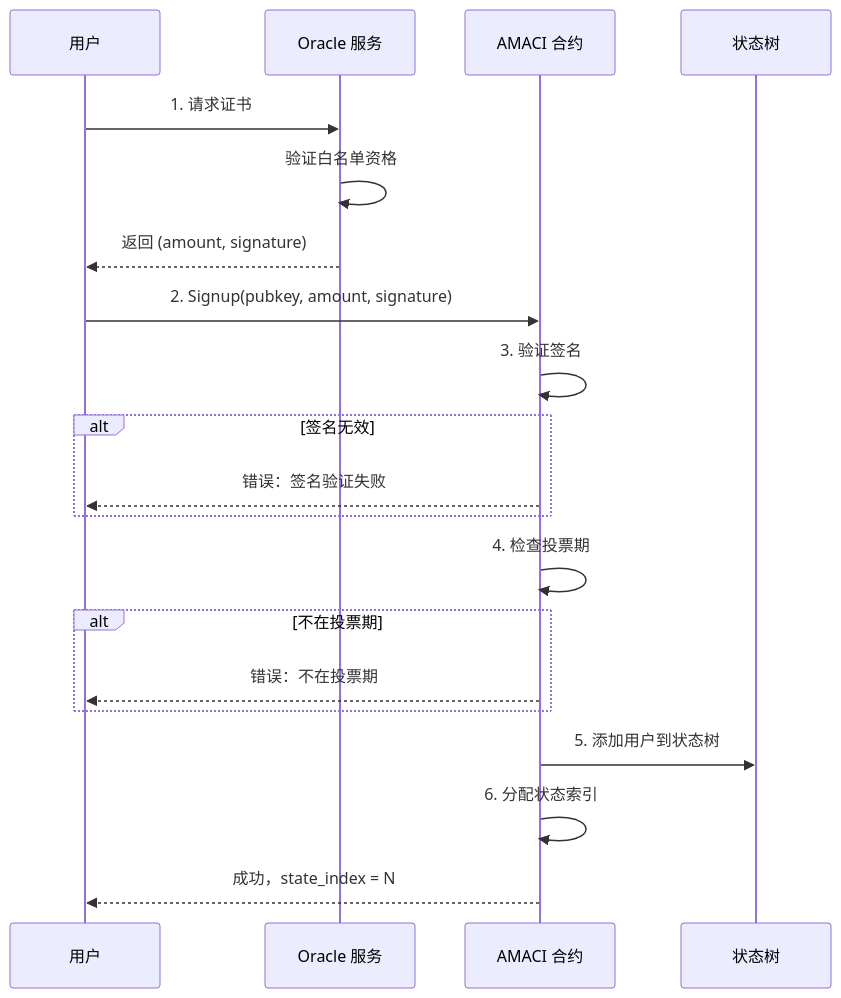
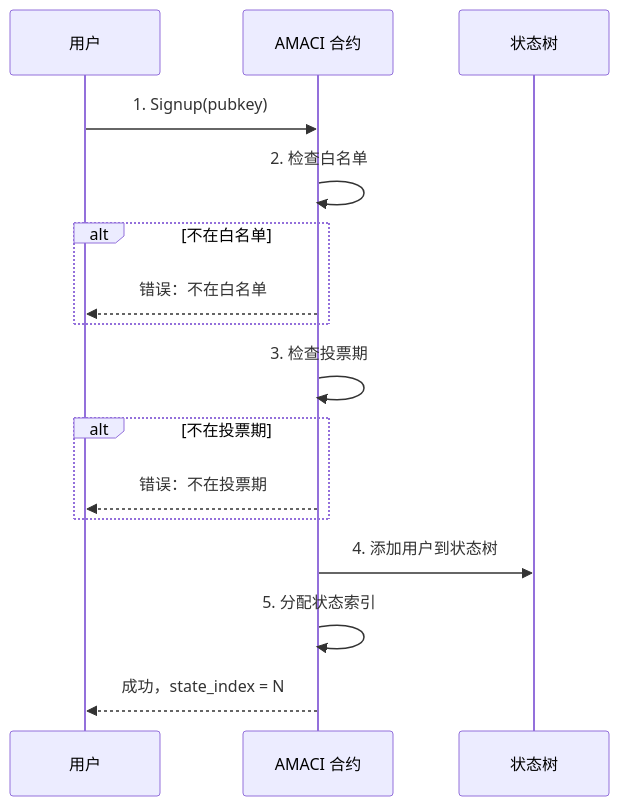
Before and after one commit to DoraFactory/maci: the second of 7 diagrams in docs/content/zh/docs/contracts/amaci.mdx, drawn with Mermaid. The commit also changed other lines of this file and 29 other files, not shown here.

````diff
--- a/docs/content/zh/docs/contracts/amaci.mdx
+++ b/docs/content/zh/docs/contracts/amaci.mdx
@@ -46,22 +44,18 @@
 ```mermaid
 sequenceDiagram
     participant User as 用户
-    participant Oracle as Oracle 服务
     participant AMACI as AMACI 合约
     participant Storage as 状态树
-    User->>Oracle: 1. 请求证书
-    Oracle->>Oracle: 验证白名单资格
-    Oracle-->>User: 返回 (amount, signature)
-    User->>AMACI: 2. Signup(pubkey, amount, signature)
-    AMACI->>AMACI: 3. 验证签名
-    alt 签名无效
-        AMACI-->>User: 错误：签名验证失败
+    User->>AMACI: 1. Signup(pubkey)
+    AMACI->>AMACI: 2. 检查白名单
+    alt 不在白名单
+        AMACI-->>User: 错误：不在白名单
     end
-    AMACI->>AMACI: 4. 检查投票期
+    AMACI->>AMACI: 3. 检查投票期
     alt 不在投票期
         AMACI-->>User: 错误：不在投票期
     end
-    AMACI->>Storage: 5. 添加用户到状态树
-    AMACI->>AMACI: 6. 分配状态索引
+    AMACI->>Storage: 4. 添加用户到状态树
+    AMACI->>AMACI: 5. 分配状态索引
     AMACI-->>User: 成功，state_index = N
 ```
````
